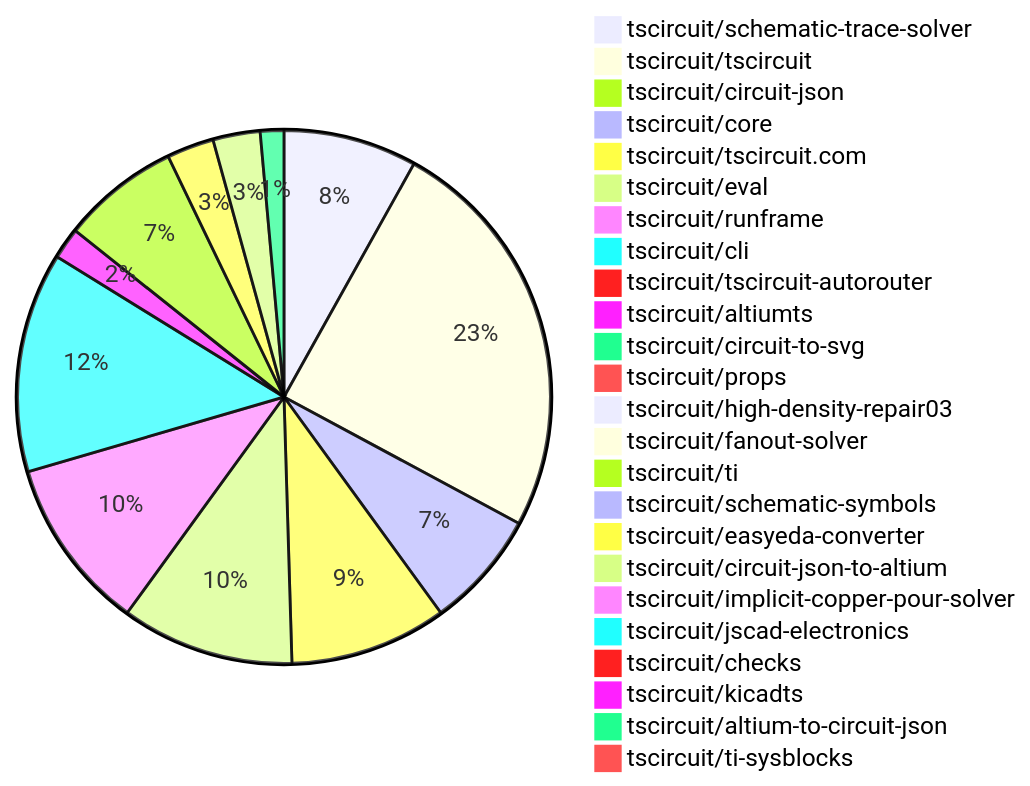
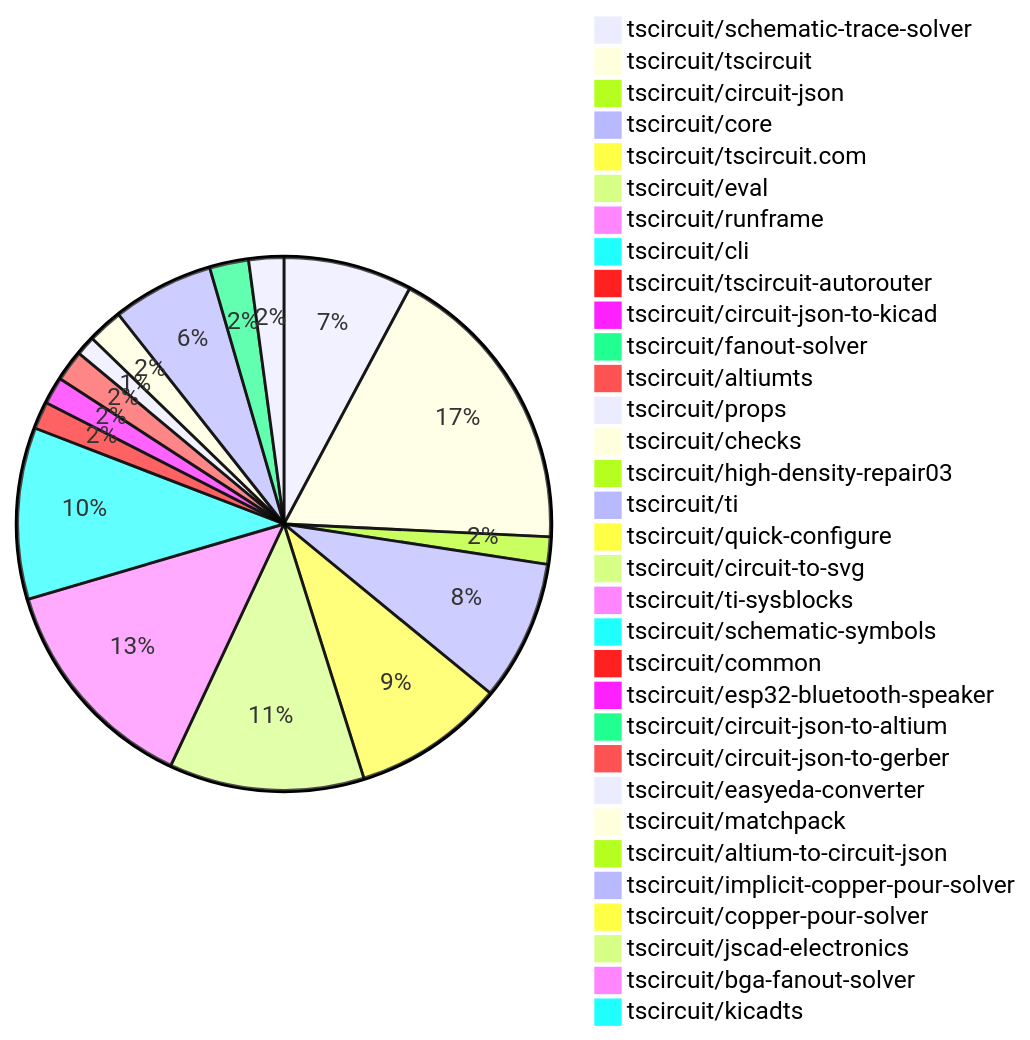
One commit to tscircuit/contribution-tracker changed the diagram in contribution-overviews/2026-08-25.md. Above: the diagram before and after it, drawn with Mermaid. The commit also changed other lines of this file and 3 other files, not shown here.

````diff
--- a/contribution-overviews/2026-08-25.md
+++ b/contribution-overviews/2026-08-25.md
@@ -12,27 +12,35 @@
 ```mermaid
 pie
-    "tscircuit/schematic-trace-solver" : 17
-    "tscircuit/tscircuit" : 52
-    "tscircuit/circuit-json" : 2
-    "tscircuit/core" : 15
-    "tscircuit/tscircuit.com" : 20
-    "tscircuit/eval" : 22
-    "tscircuit/runframe" : 22
-    "tscircuit/cli" : 28
-    "tscircuit/tscircuit-autorouter" : 2
-    "tscircuit/altiumts" : 4
-    "tscircuit/circuit-to-svg" : 1
-    "tscircuit/props" : 1
+    "tscircuit/schematic-trace-solver" : 33
+    "tscircuit/tscircuit" : 76
+    "tscircuit/circuit-json" : 7
+    "tscircuit/core" : 36
+    "tscircuit/tscircuit.com" : 39
+    "tscircuit/eval" : 50
+    "tscircuit/runframe" : 57
+    "tscircuit/cli" : 44
+    "tscircuit/tscircuit-autorouter" : 7
+    "tscircuit/circuit-json-to-kicad" : 7
+    "tscircuit/fanout-solver" : 4
+    "tscircuit/altiumts" : 8
+    "tscircuit/props" : 5
+    "tscircuit/checks" : 9
     "tscircuit/high-density-repair03" : 1
-    "tscircuit/fanout-solver" : 1
-    "tscircuit/ti" : 15
+    "tscircuit/ti" : 26
+    "tscircuit/quick-configure" : 3
+    "tscircuit/circuit-to-svg" : 3
+    "tscircuit/ti-sysblocks" : 3
     "tscircuit/schematic-symbols" : 2
-    "tscircuit/easyeda-converter" : 6
-    "tscircuit/circuit-json-to-altium" : 6
+    "tscircuit/common" : 1
+    "tscircuit/esp32-bluetooth-speaker" : 1
+    "tscircuit/circuit-json-to-altium" : 10
+    "tscircuit/circuit-json-to-gerber" : 3
+    "tscircuit/easyeda-converter" : 9
+    "tscircuit/matchpack" : 1
+    "tscircuit/altium-to-circuit-json" : 4
     "tscircuit/implicit-copper-pour-solver" : 1
+    "tscircuit/copper-pour-solver" : 1
     "tscircuit/jscad-electronics" : 1
-    "tscircuit/checks" : 2
+    "tscircuit/bga-fanout-solver" : 1
     "tscircuit/kicadts" : 1
-    "tscircuit/altium-to-circuit-json" : 3
-    "tscircuit/ti-sysblocks" : 1
 ```
````
